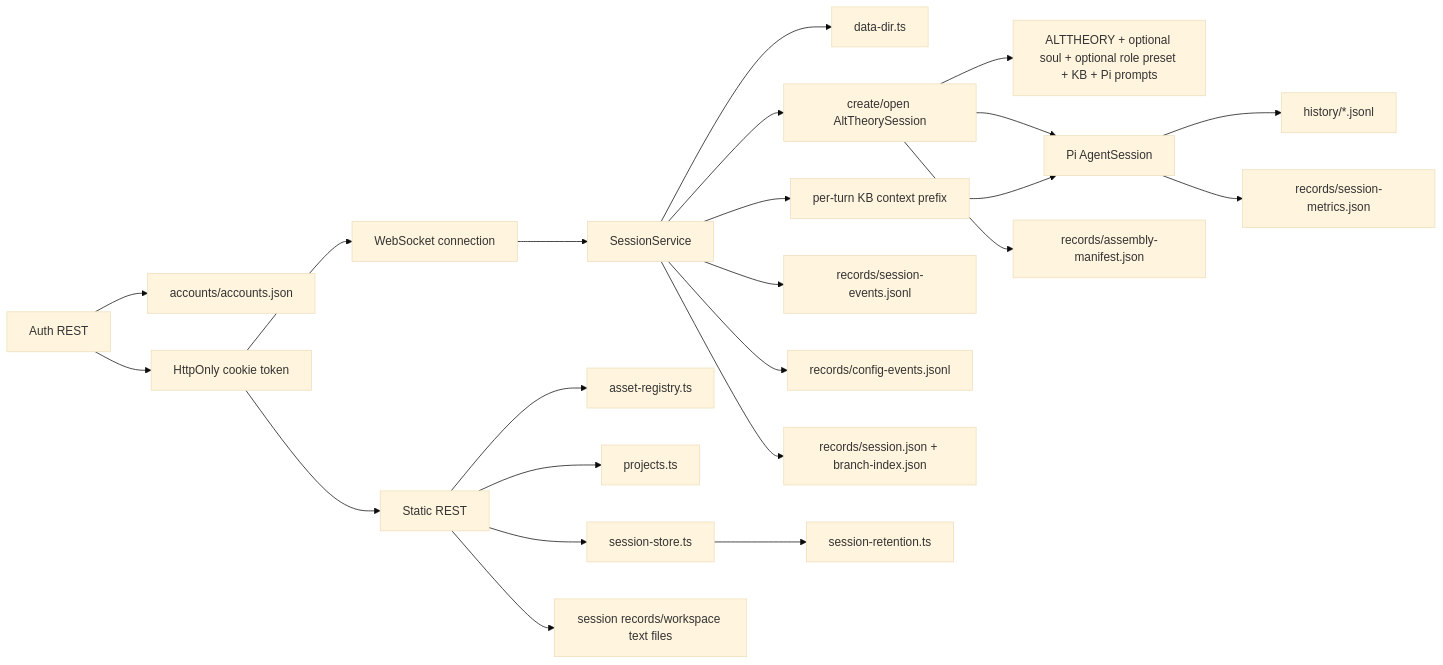
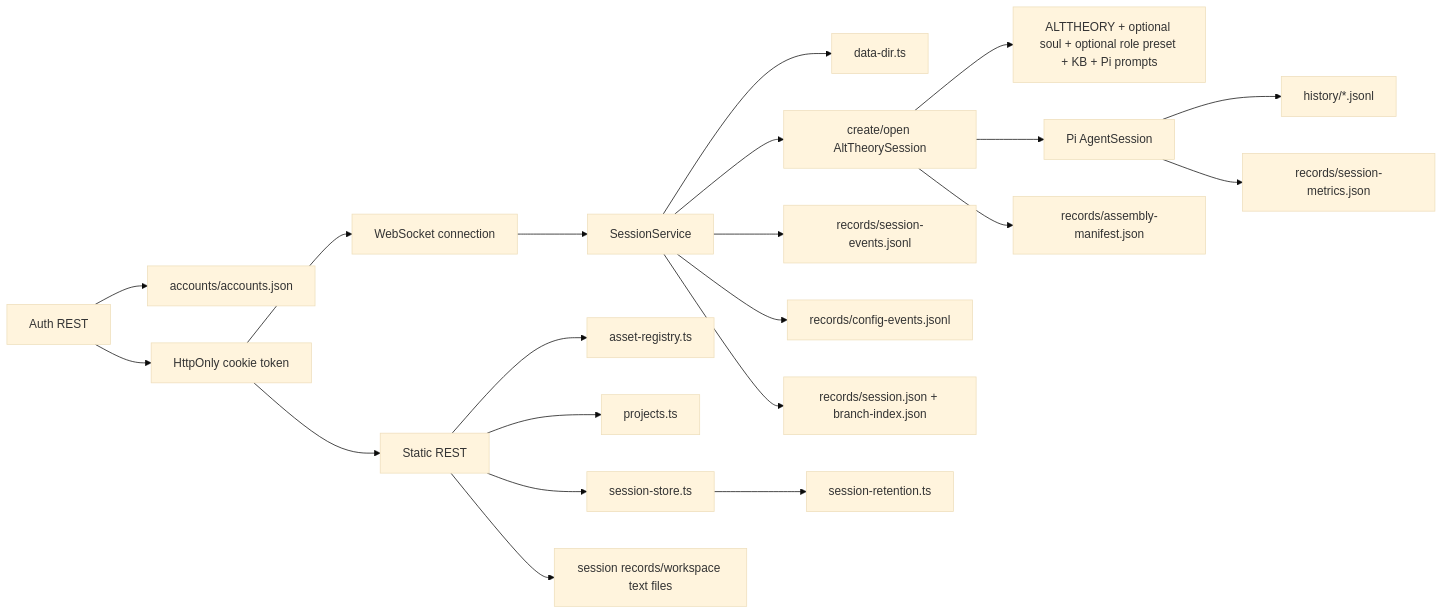
The diagram in project/architecture/core-session-engine.md (syuan-research/alt-theory), drawn with Mermaid (base theme) before and after one commit. The commit also changed other lines of this file and 2 other files, not shown here.

Commit message:
fix: remove per-turn kb search prompt

````diff
--- a/project/architecture/core-session-engine.md
+++ b/project/architecture/core-session-engine.md
@@ -83,25 +83,23 @@
 ```mermaid
 flowchart LR
   WS[WebSocket connection] --> Service[SessionService]
   Service --> Dirs[data-dir.ts]
   Service --> Core[create/open AltTheorySession]
   Core --> Assets[ALTTHEORY + optional soul + optional role preset + KB + Pi prompts]
   Core --> Pi[Pi AgentSession]
-  Service --> Prefix[per-turn KB context prefix]
-  Prefix --> Pi
   Pi --> JSONL[history/*.jsonl]
   Core --> Manifest[records/assembly-manifest.json]
   Pi --> Metrics[records/session-metrics.json]
   Service --> Events[records/session-events.jsonl]
   Service --> ConfigEvents[records/config-events.jsonl]
   Service --> V4Records[records/session.json + branch-index.json]
   AuthRoutes[Auth REST] --> AuthStore[accounts/accounts.json]
   AuthRoutes --> AuthCookie[HttpOnly cookie token]
   AuthCookie --> WS
   AuthCookie --> REST
   REST[Static REST] --> Registry[asset-registry.ts]
   REST --> Projects[projects.ts]
   REST --> Store[session-store.ts]
   REST --> SessionFiles[session records/workspace text files]
   Store --> Retention[session-retention.ts]
 ```
````
